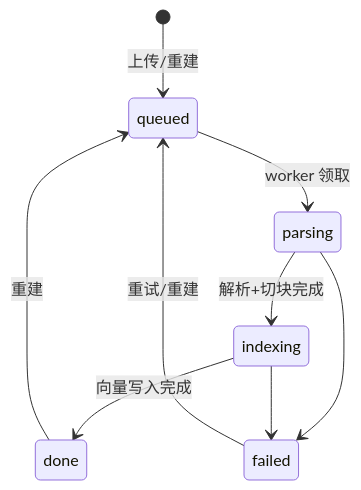
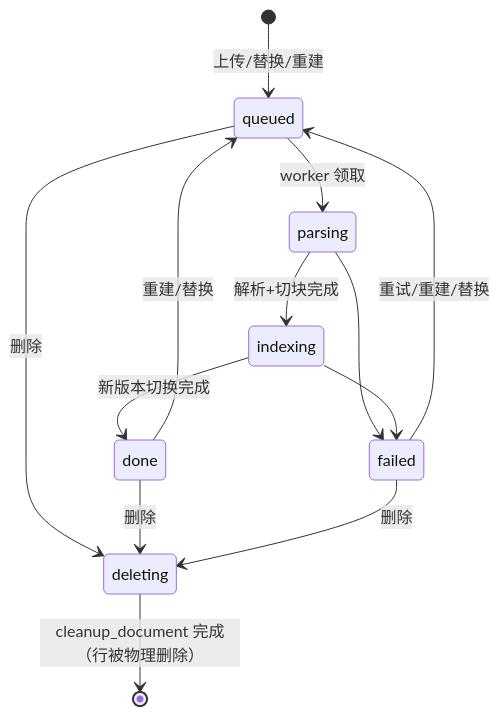
The diagram in docs/02-architecture/04-文档处理流水线.md (YKkksss/AIIntelligentCustomerService), drawn with Mermaid before and after one commit. The commit also changed other lines of this file and 41 other files, not shown here.

````diff
--- a/docs/02-architecture/04-文档处理流水线.md
+++ b/docs/02-architecture/04-文档处理流水线.md
@@ -4,11 +4,15 @@
 ```mermaid
 stateDiagram-v2
-  [*] --> queued: 上传/重建
+  [*] --> queued: 上传/替换/重建
   queued --> parsing: worker 领取
   parsing --> indexing: 解析+切块完成
-  indexing --> done: 向量写入完成
+  indexing --> done: 新版本切换完成
   parsing --> failed
   indexing --> failed
-  failed --> queued: 重试/重建
-  done --> queued: 重建
+  failed --> queued: 重试/重建/替换
+  done --> queued: 重建/替换
+  queued --> deleting: 删除
+  done --> deleting: 删除
+  failed --> deleting: 删除
+  deleting --> [*]: cleanup_document 完成（行被物理删除）
 ```
````
